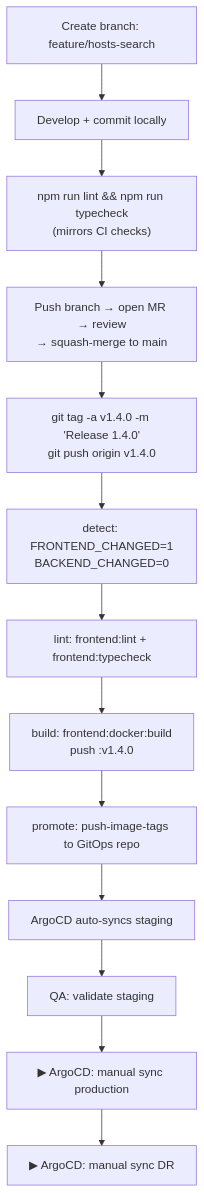
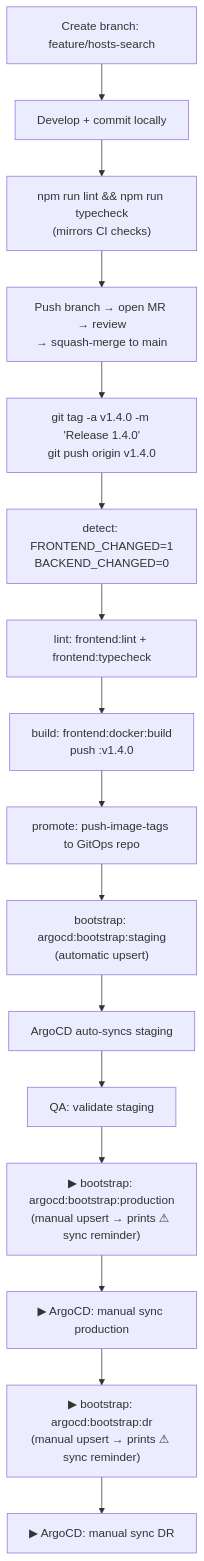
The seventh of 7 diagrams in WORKFLOW.md (idokuli/Zabbix_Portal), drawn with Mermaid before and after one commit. The commit also changed other lines of this file and 205 other files, not shown here.

````diff
--- a/WORKFLOW.md
+++ b/WORKFLOW.md
@@ -272,15 +287,18 @@
 ```mermaid
 flowchart TD
     A["Create branch: feature/hosts-search"] --> B["Develop + commit locally"]
     B --> C["npm run lint && npm run typecheck\n(mirrors CI checks)"]
     C --> D["Push branch → open MR → review\n→ squash-merge to main"]
     D --> E["git tag -a v1.4.0 -m 'Release 1.4.0'\ngit push origin v1.4.0"]
     E --> F["detect: FRONTEND_CHANGED=1\nBACKEND_CHANGED=0"]
     F --> G["lint: frontend:lint + frontend:typecheck"]
     G --> H["build: frontend:docker:build\npush :v1.4.0"]
     H --> I["promote: push-image-tags to GitOps repo"]
-    I --> J["ArgoCD auto-syncs staging"]
+    I --> Ib["bootstrap: argocd:bootstrap:staging\n(automatic upsert)"]
+    Ib --> J["ArgoCD auto-syncs staging"]
     J --> K["QA: validate staging"]
-    K --> L["▶ ArgoCD: manual sync production"]
-    L --> M["▶ ArgoCD: manual sync DR"]
+    K --> L1["▶ bootstrap: argocd:bootstrap:production\n(manual upsert → prints ⚠ sync reminder)"]
+    L1 --> L["▶ ArgoCD: manual sync production"]
+    L --> M1["▶ bootstrap: argocd:bootstrap:dr\n(manual upsert → prints ⚠ sync reminder)"]
+    M1 --> M["▶ ArgoCD: manual sync DR"]
 ```
````
